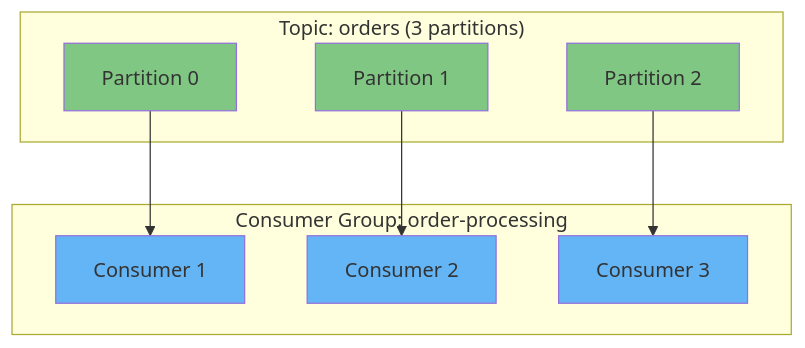
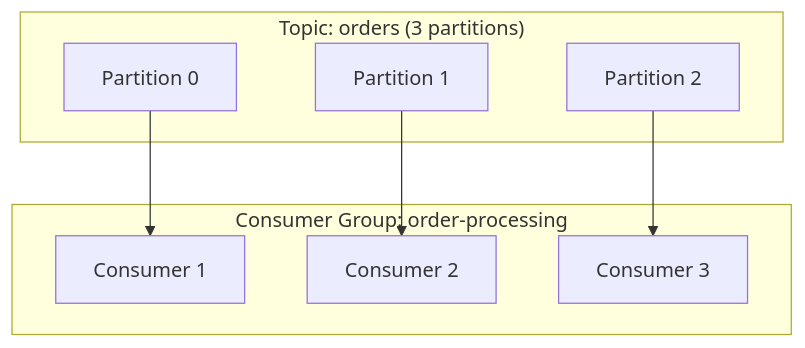
One commit to mombe090/techdocs changed the third of 4 diagrams in docs/how-to/kafka-consume-messages.fr.md. Above: the diagram before and after it, drawn with Mermaid. The commit also changed other lines of this file and 11 other files, not shown here.

First line of the commit message:
style: remove hardcoded Mermaid diagram colors for dark mode compatibility

````diff
--- a/docs/how-to/kafka-consume-messages.fr.md
+++ b/docs/how-to/kafka-consume-messages.fr.md
@@ -658,25 +653,19 @@
 ```mermaid
 graph TB
     subgraph "Topic: orders (3 partitions)"
     P0[Partition 0]
     P1[Partition 1]
     P2[Partition 2]
     end
 
     subgraph "Consumer Group: order-processing"
     C1[Consumer 1]
     C2[Consumer 2]
     C3[Consumer 3]
     end
 
     P0 --> C1
     P1 --> C2
     P2 --> C3
 
-    style P0 fill:#81c784
-    style P1 fill:#81c784
-    style P2 fill:#81c784
-    style C1 fill:#64b5f6
-    style C2 fill:#64b5f6
-    style C3 fill:#64b5f6
 ```
````
